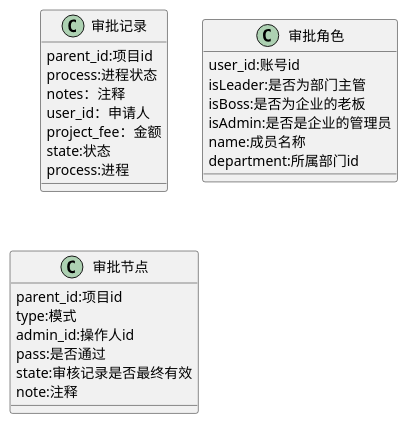
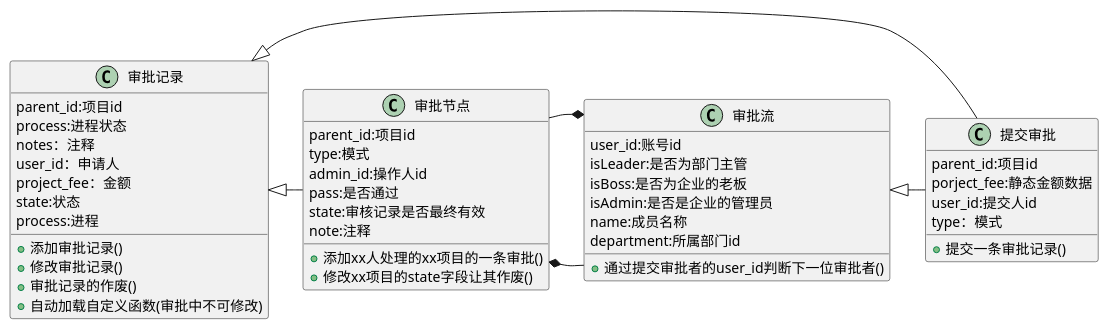
The diagram in app/module/examine/审批服务.md (cssssb/pmo), drawn with PlantUML before and after one commit. The commit also changed 13 other files, not shown here.

```diff
--- a/app/module/examine/审批服务.md
+++ b/app/module/examine/审批服务.md
@@ -43,29 +43,46 @@
 @startuml
+审批节点 *- 审批流
+审批记录 <|-审批节点
+审批流 *-审批节点
+审批流 <|-提交审批
+审批记录 <|-提交审批
 class 审批记录{
 parent_id:项目id
 process:进程状态
 notes：注释
 user_id：申请人
 project_fee：金额
 state:状态
 process:进程
++添加审批记录()
++修改审批记录()
++审批记录的作废()
++自动加载自定义函数(审批中不可修改)
 }
-class 审批角色{
+class 审批流{
 user_id:账号id
 isLeader:是否为部门主管
 isBoss:是否为企业的老板
 isAdmin:是否是企业的管理员
 name:成员名称
 department:所属部门id
-
++通过提交审批者的user_id判断下一位审批者()
 }
 class 审批节点{
 parent_id:项目id
 type:模式
 admin_id:操作人id
 pass:是否通过
 state:审核记录是否最终有效
 note:注释
++添加xx人处理的xx项目的一条审批()
++修改xx项目的state字段让其作废()
 }
-
+class 提交审批{
+parent_id:项目id
+porject_fee:静态金额数据
+user_id:提交人id
+type：模式
++提交一条审批记录()
+}
 @enduml
```
